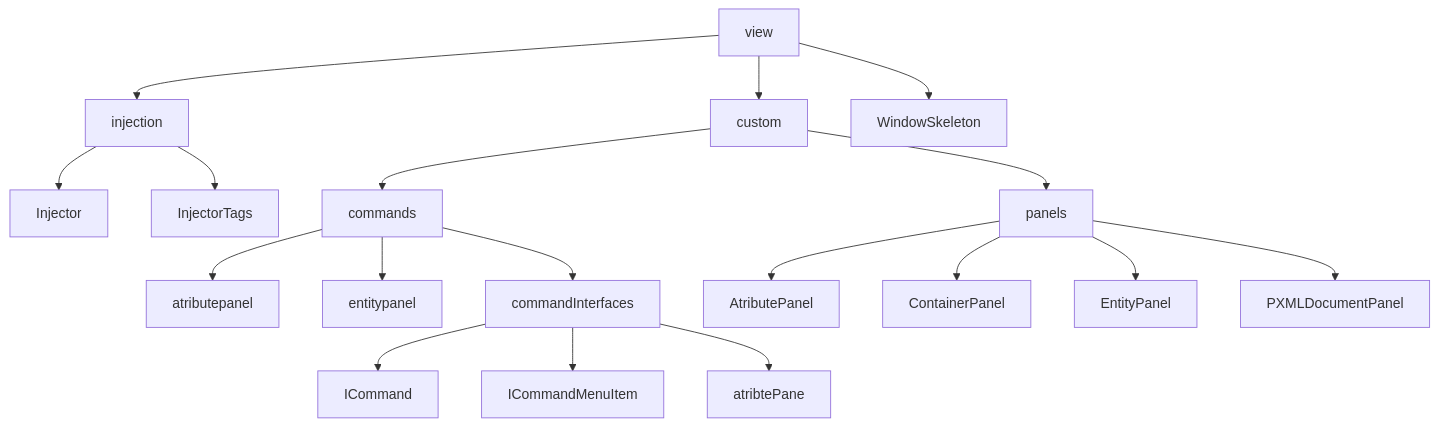
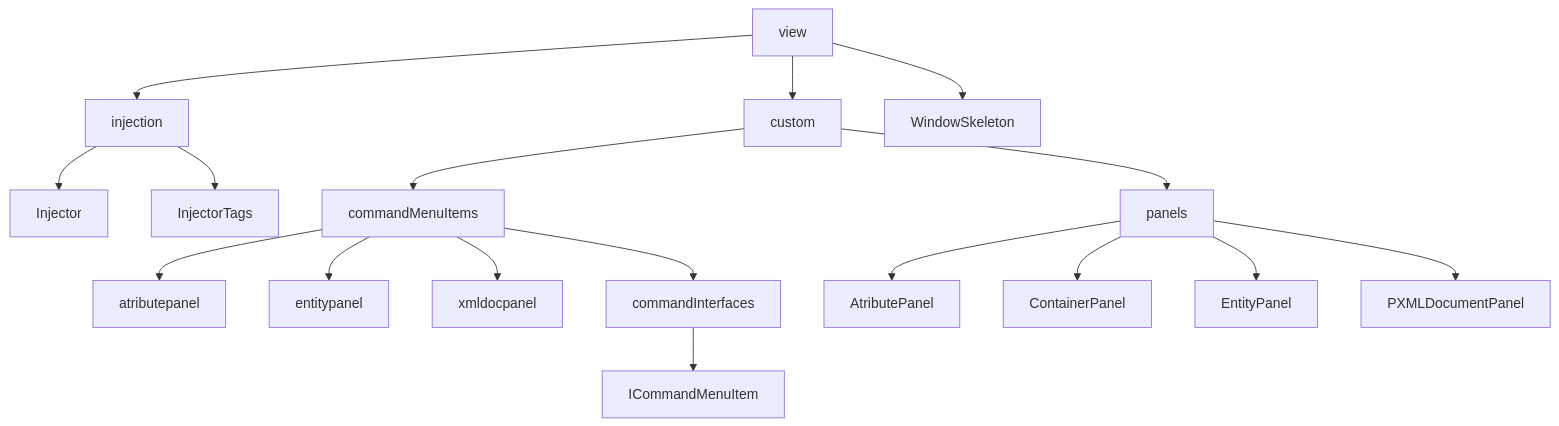
One commit to JoaoAlmeida-dev/XML-Generator-API-AdvancedProgramming changed the sixth of 8 diagrams in README.md. Above: the diagram before and after it, drawn with Mermaid. The commit also changed other lines of this file and 38 other files, not shown here.

Commit message:
separated COmmands from CommandMenuItems

````diff
--- a/README.md
+++ b/README.md
@@ -289,25 +311,23 @@
 ```mermaid
 graph TD;
    view --> custom
    view --> injection
    view --> WindowSkeleton
    
    injection --> Injector
    injection --> InjectorTags
    
    
-   custom --> commands
-   commands --> atributepanel
-   commands --> entitypanel 
-   commands --> commandInterfaces
-   commandInterfaces --> ICommand
-   commandInterfaces --> ICommandMenuItem
-   commandInterfaces --> atribtePane
+   custom --> commandMenuItems
+   commandMenuItems --> atributepanel
+   commandMenuItems --> entitypanel
+   commandMenuItems --> xmldocpanel
+   commandMenuItems --> commandInterfaces  --> ICommandMenuItem
    
    custom --> panels
    panels --> AtributePanel
    panels --> ContainerPanel
    panels --> EntityPanel
    panels --> PXMLDocumentPanel
    
 ```
````
